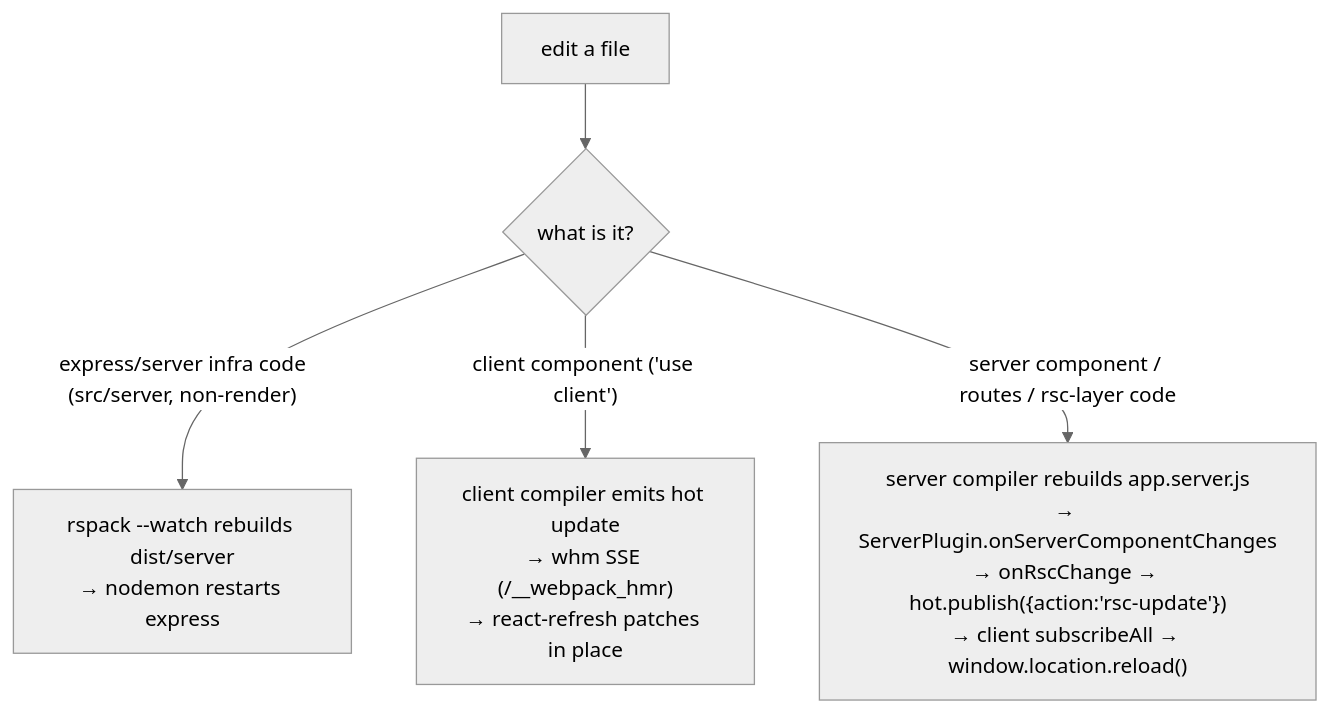
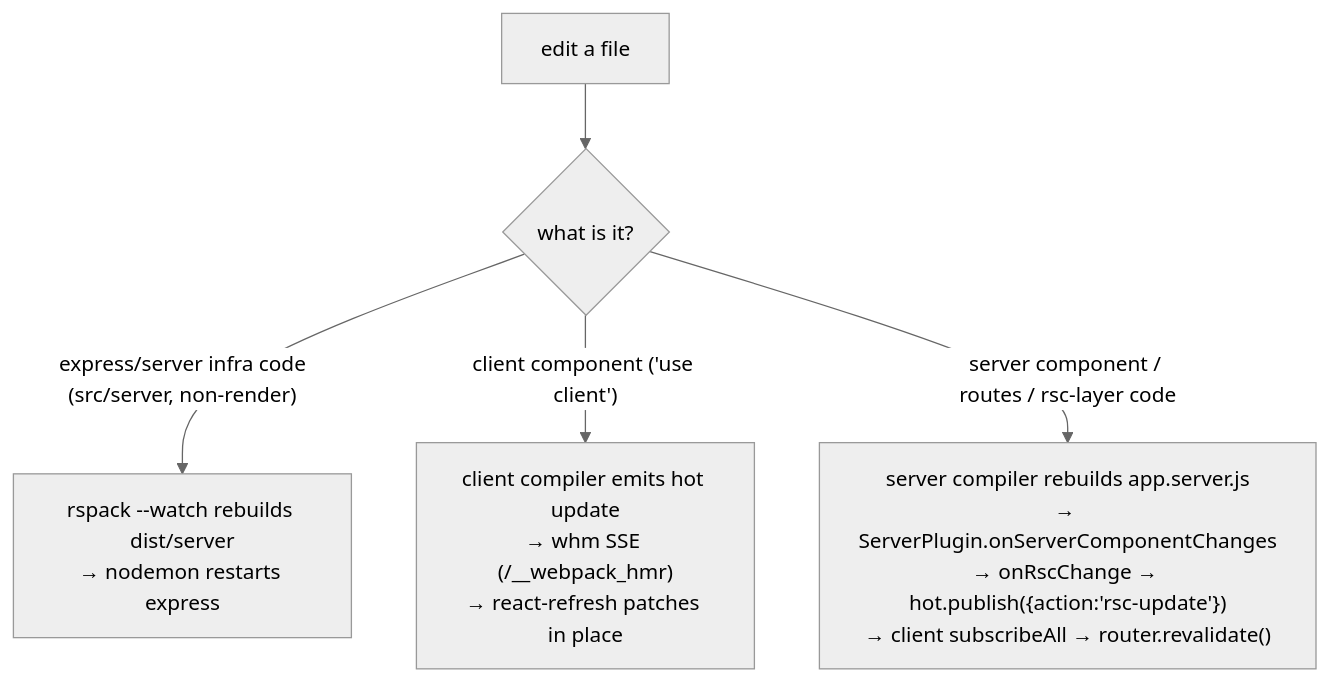
Before and after one commit to denchiklut/ssr-boilerplate: the fourth of 4 diagrams in docs/rsc.md, drawn with Mermaid (neutral theme). The commit also changed other lines of this file and 3 other files, not shown here.

````diff
--- a/docs/rsc.md
+++ b/docs/rsc.md
@@ -527,7 +539,7 @@
 ```mermaid
 flowchart TD
     A["edit a file"] --> B{what is it?}
     B -->|"express/server infra code<br/>(src/server, non-render)"| C["rspack --watch rebuilds dist/server<br/>→ nodemon restarts express"]
     B -->|"client component ('use client')"| D["client compiler emits hot update<br/>→ whm SSE (/__webpack_hmr)<br/>→ react-refresh patches in place"]
-    B -->|"server component / routes / rsc-layer code"| E["server compiler rebuilds app.server.js<br/>→ ServerPlugin.onServerComponentChanges<br/>→ onRscChange → hot.publish({action:'rsc-update'})<br/>→ client subscribeAll → window.location.reload()"]
+    B -->|"server component / routes / rsc-layer code"| E["server compiler rebuilds app.server.js<br/>→ ServerPlugin.onServerComponentChanges<br/>→ onRscChange → hot.publish({action:'rsc-update'})<br/>→ client subscribeAll → router.revalidate()"]
 ```
````
